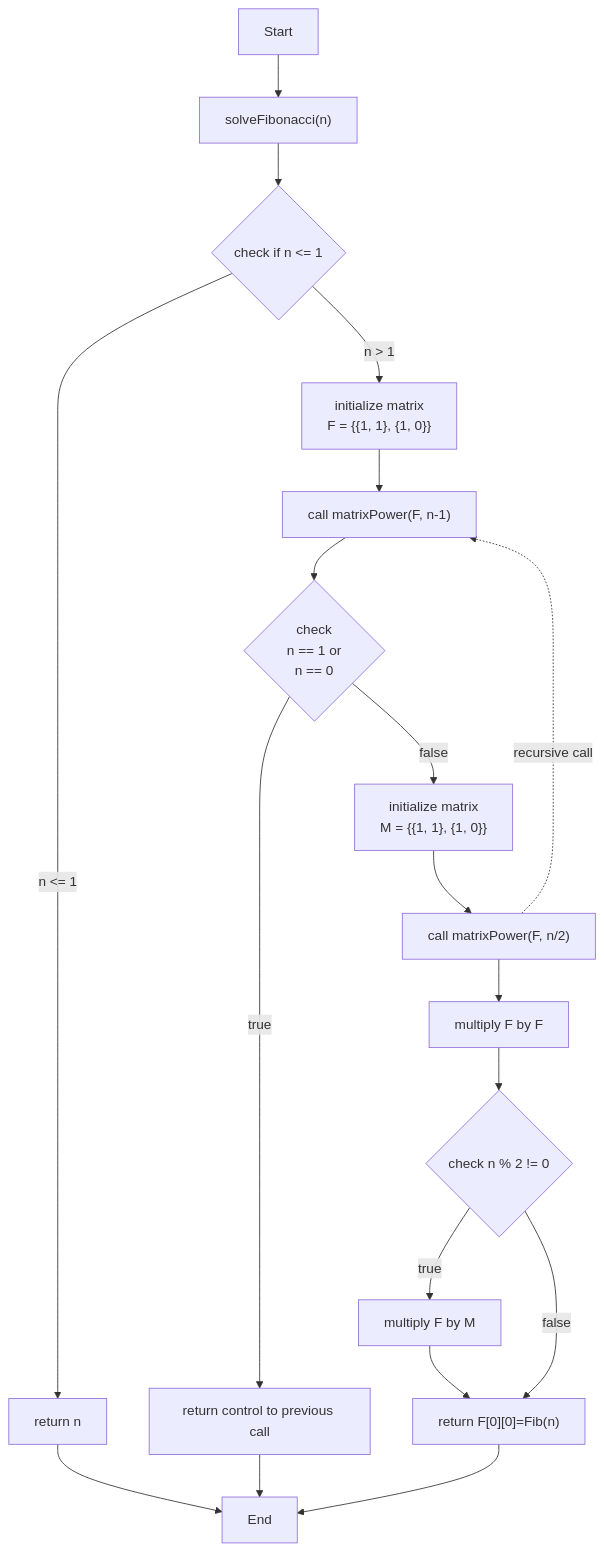
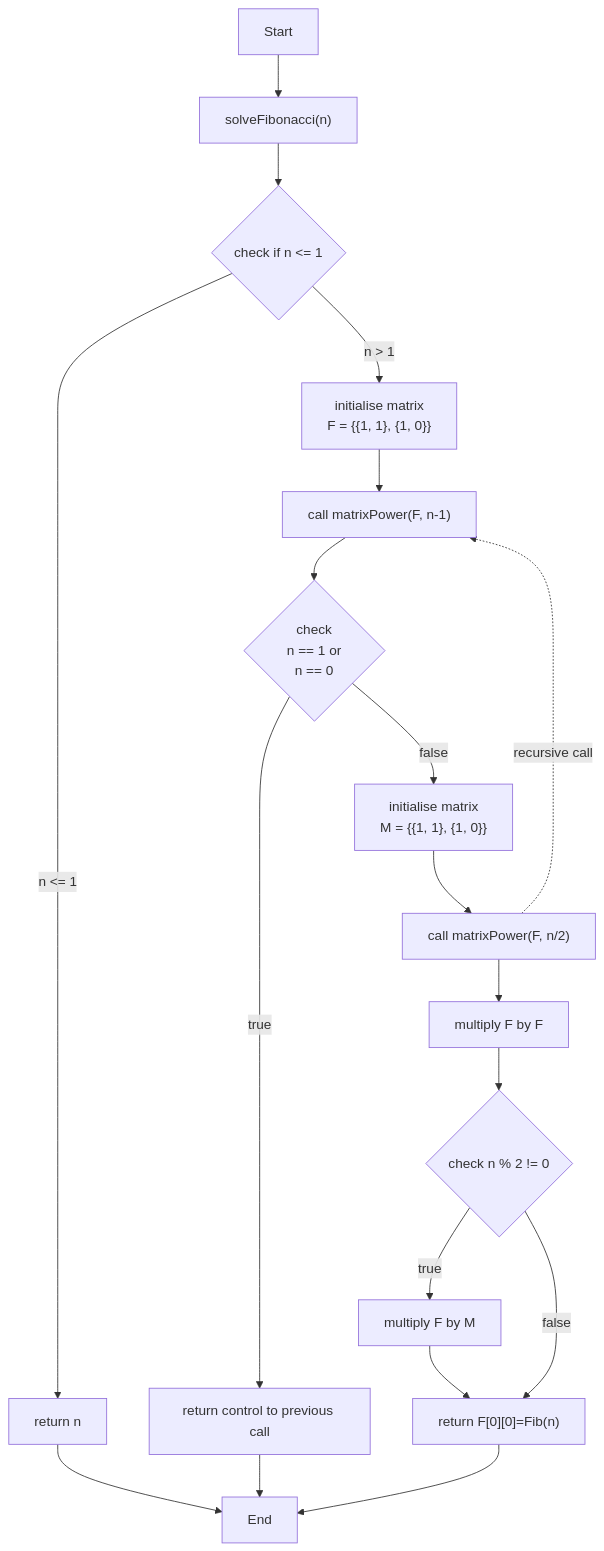
The fifth of 5 diagrams in README.md (ruslanaprus/goit-academy-dev-hw05), drawn with Mermaid before and after one commit. The commit also changed other lines of this file, not shown here.

````diff
--- a/README.md
+++ b/README.md
@@ -129,27 +166,27 @@
 ```mermaid
 flowchart TB
 
     A[Start] --> A1["solveFibonacci(n)"]
     A1 --> B{check if n <= 1}
     B -- "n <= 1" --> C["return n"]
     C --> G
-    B -- "n > 1" --> D["`initialize matrix
+    B -- "n > 1" --> D["`initialise matrix
     F = {{1, 1}, {1, 0}}`"]
     D --> E1["call matrixPower(F, n-1)"]
     E1 --> F1{"`check
         n == 1 or
         n == 0`"}
     F1 -- "true" --> F2["return control to previous call"]
     F2 --> G
-    F1 -- "false" --> M["`initialize matrix
+    F1 -- "false" --> M["`initialise matrix
     M = {{1, 1}, {1, 0}}`"]
     M --> F3["call matrixPower(F, n/2)"]
     F3 -."recursive call".-> E1
     F3 --> F4["multiply F by F"]
     F4 --> F5{check n % 2 != 0}
     F5 -- "true" --> F6["multiply F by M"]
     F6 --> F["return F[0][0]=Fib(n)"]
     F5 -- "false" --> F
     F --> G[End]
 
 ```
````
